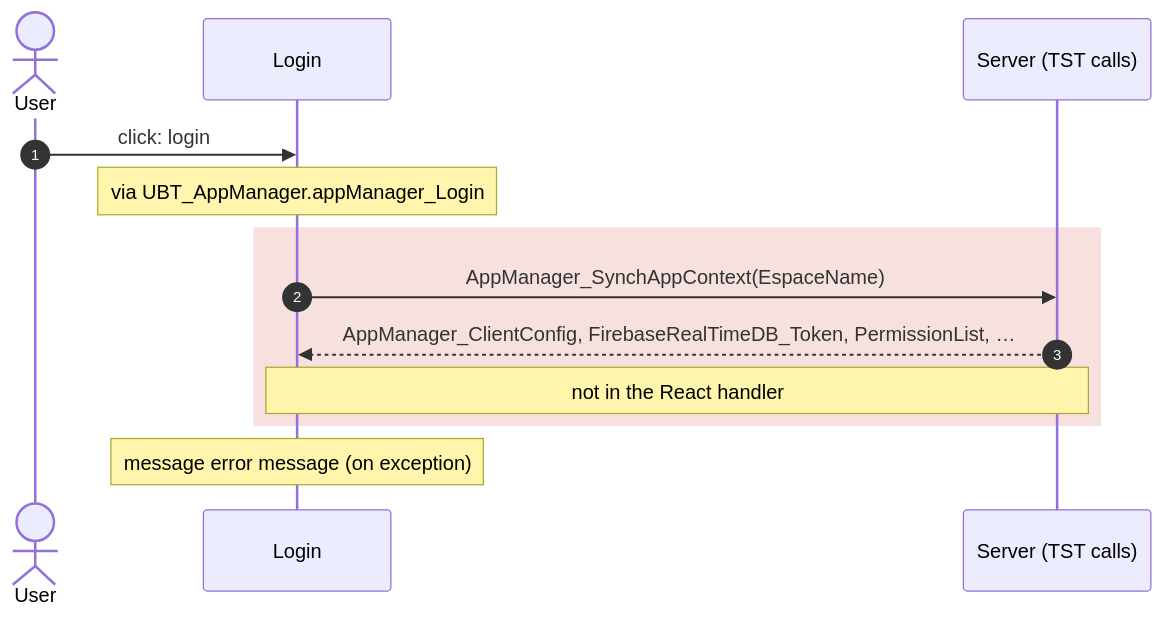
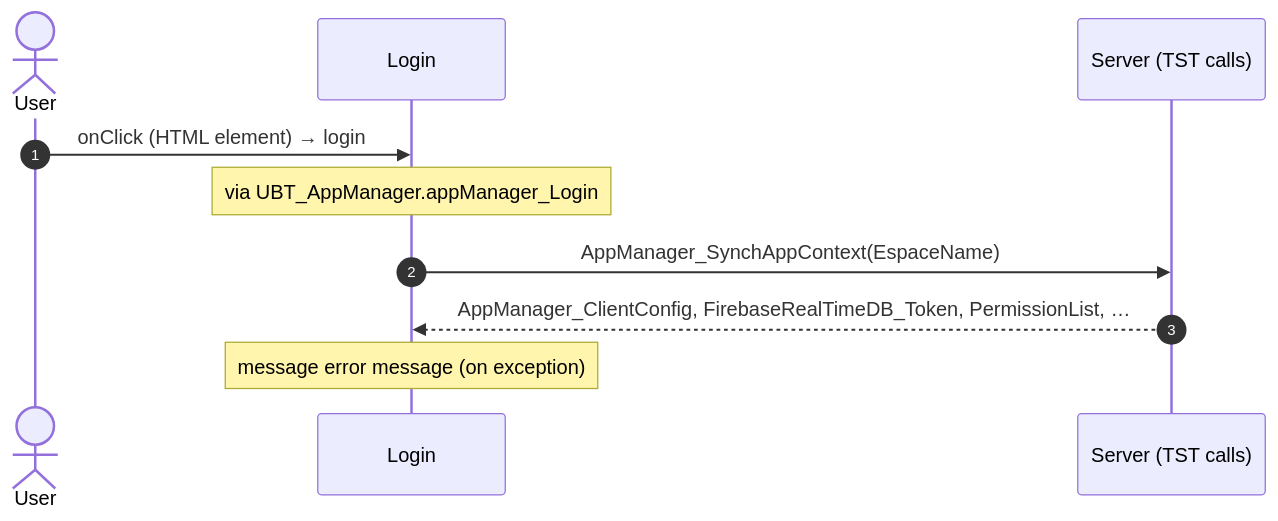
One commit to Phoenix-DX/connect-new-ui changed the second of 7 diagrams in migration/route-actions/Login.md. Above: the diagram before and after it, drawn with Mermaid. The commit also changed other lines of this file and 9 other files, not shown here.

Commit message:
route actions: facts only; user actions as two independent lists (OutSystems view bindings, React JSX bindings) with Mermaid sequences; factual call columns (direct caller, chains, React references); app shell by definition (survey shell, main.tsx code); constants read for React paths

````diff
--- a/migration/route-actions/Login.md
+++ b/migration/route-actions/Login.md
@@ -127,15 +128,12 @@
 ```mermaid
 sequenceDiagram
   autonumber
   actor U as User
   participant B as Login
   participant S as Server (TST calls)
-  U->>B: click: login
+  U->>B: onClick (HTML element) → login
   Note over B: via UBT_AppManager.appManager_Login
-  rect rgba(192, 57, 43, 0.15)
   B->>S: AppManager_SynchAppContext(EspaceName)
   S-->>B: AppManager_ClientConfig, FirebaseRealTimeDB_Token, PermissionList, …
-  Note over B,S: not in the React handler
-  end
   Note over B: message error message (on exception)
 ```
````
